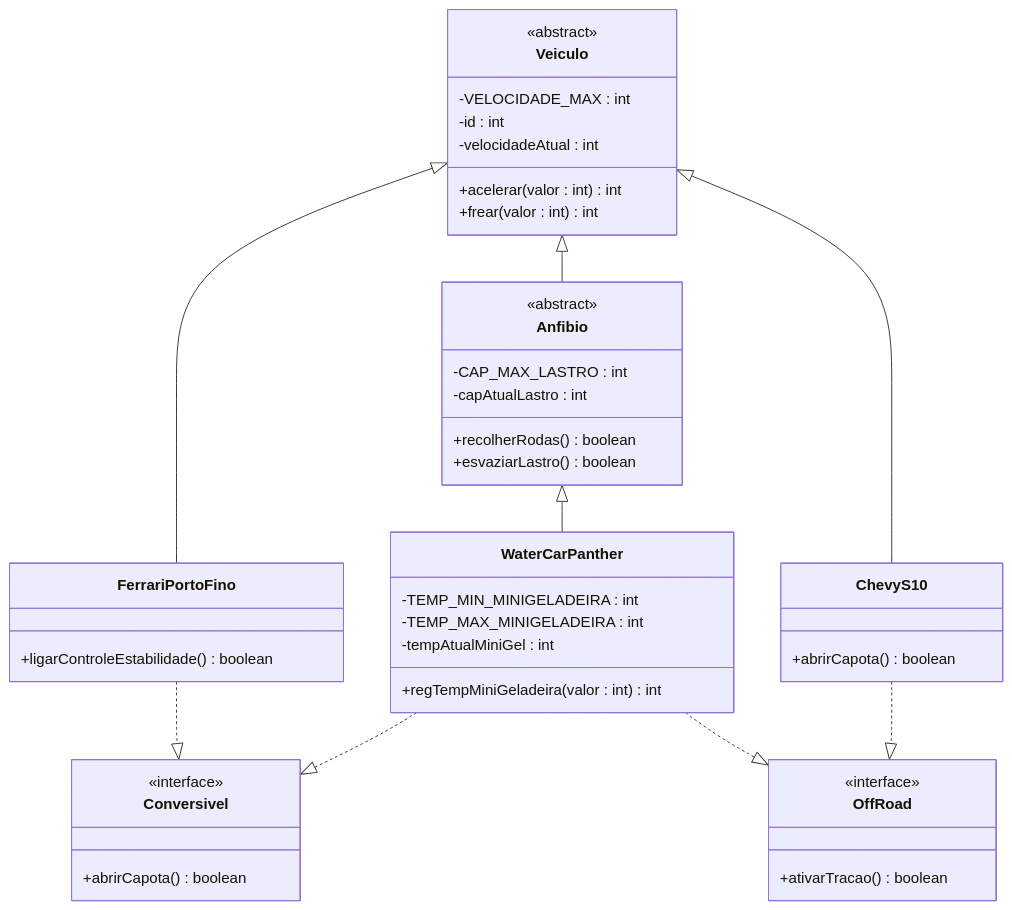
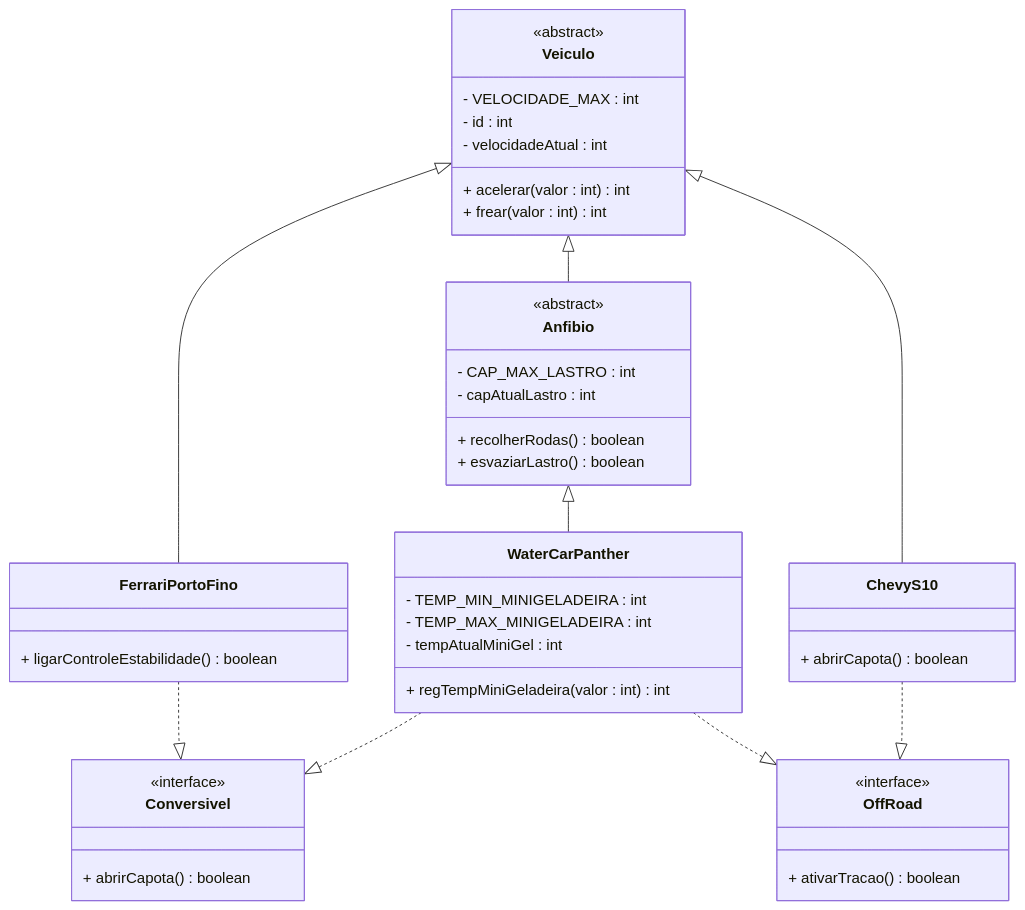
Before and after one commit to LuisEAbreu/poo: the diagram in laboratorios/lab-06/README.md, drawn with Mermaid.

Commit message:
Ajustes visuais na UML

````diff
--- a/laboratorios/lab-06/README.md
+++ b/laboratorios/lab-06/README.md
@@ -1,52 +1,52 @@
 ```mermaid
 classDiagram
     
     class Veiculo {
         <<abstract>>
-        -VELOCIDADE_MAX : int
-        -id : int
-        -velocidadeAtual : int
-        +acelerar(valor : int) int
-        +frear(valor : int) int
+        - VELOCIDADE_MAX : int
+        - id : int
+        - velocidadeAtual : int
+        + acelerar(valor : int) int
+        + frear(valor : int) int
     }
 
     class Anfibio{
         <<abstract>>
-        -CAP_MAX_LASTRO : int
-        -capAtualLastro : int
-        +recolherRodas() boolean
-        +esvaziarLastro() boolean
+        - CAP_MAX_LASTRO : int
+        - capAtualLastro : int
+        + recolherRodas() boolean
+        + esvaziarLastro() boolean
     }
     class Conversivel{
         <<interface>>
-        +abrirCapota() boolean
+        + abrirCapota() boolean
     }
     class OffRoad{
         <<interface>>
-        +ativarTracao() boolean
+        + ativarTracao() boolean
     }
     
     class FerrariPortoFino{
-        +ligarControleEstabilidade() boolean
+        + ligarControleEstabilidade() boolean
     }
     class ChevyS10{
-        +abrirCapota() boolean
+        + abrirCapota() boolean
     }
     class WaterCarPanther{
-        -TEMP_MIN_MINIGELADEIRA : int
-        -TEMP_MAX_MINIGELADEIRA : int
-        -tempAtualMiniGel : int
-        +regTempMiniGeladeira(valor : int) int
+        - TEMP_MIN_MINIGELADEIRA : int
+        - TEMP_MAX_MINIGELADEIRA : int
+        - tempAtualMiniGel : int
+        + regTempMiniGeladeira(valor : int) int
     }
     
     Veiculo <|-- Anfibio
     Veiculo <|-- FerrariPortoFino
     Veiculo <|-- ChevyS10
 
     Anfibio <|-- WaterCarPanther
     
     FerrariPortoFino ..|> Conversivel
     WaterCarPanther ..|> Conversivel
     WaterCarPanther ..|> OffRoad 
     ChevyS10 ..|> OffRoad
 ```
````
